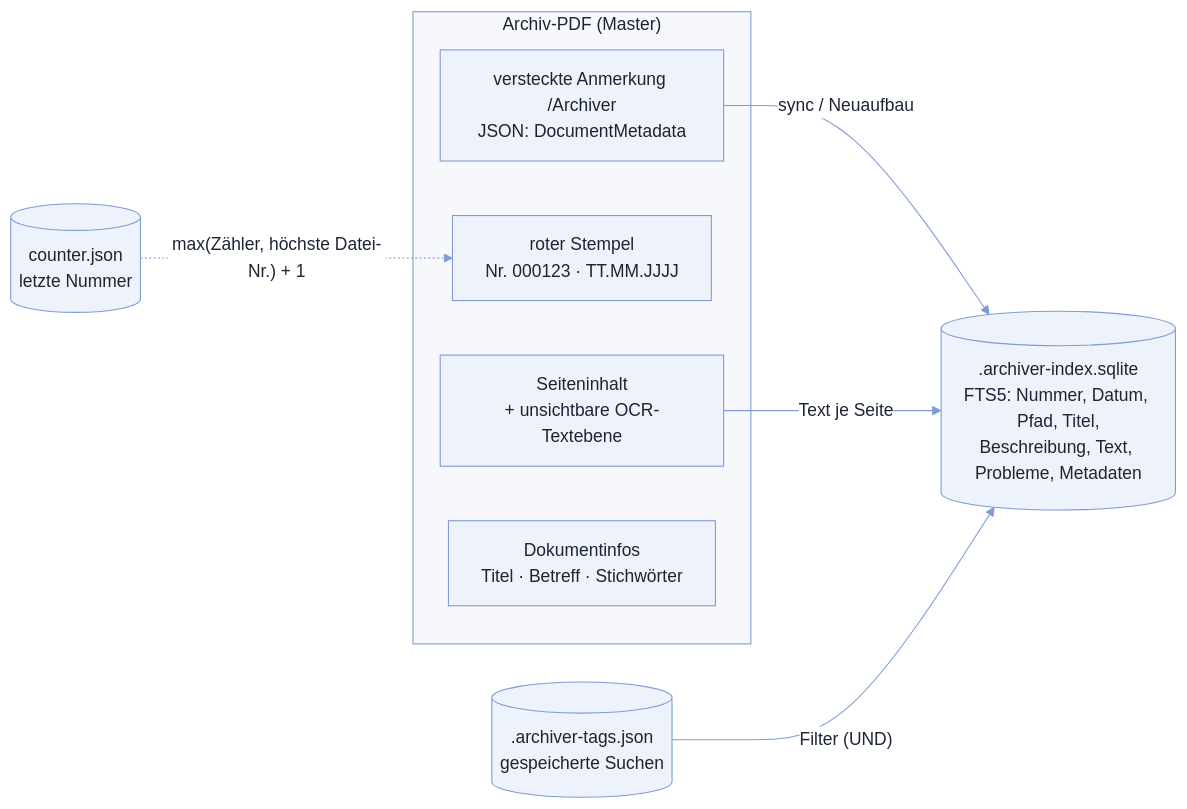
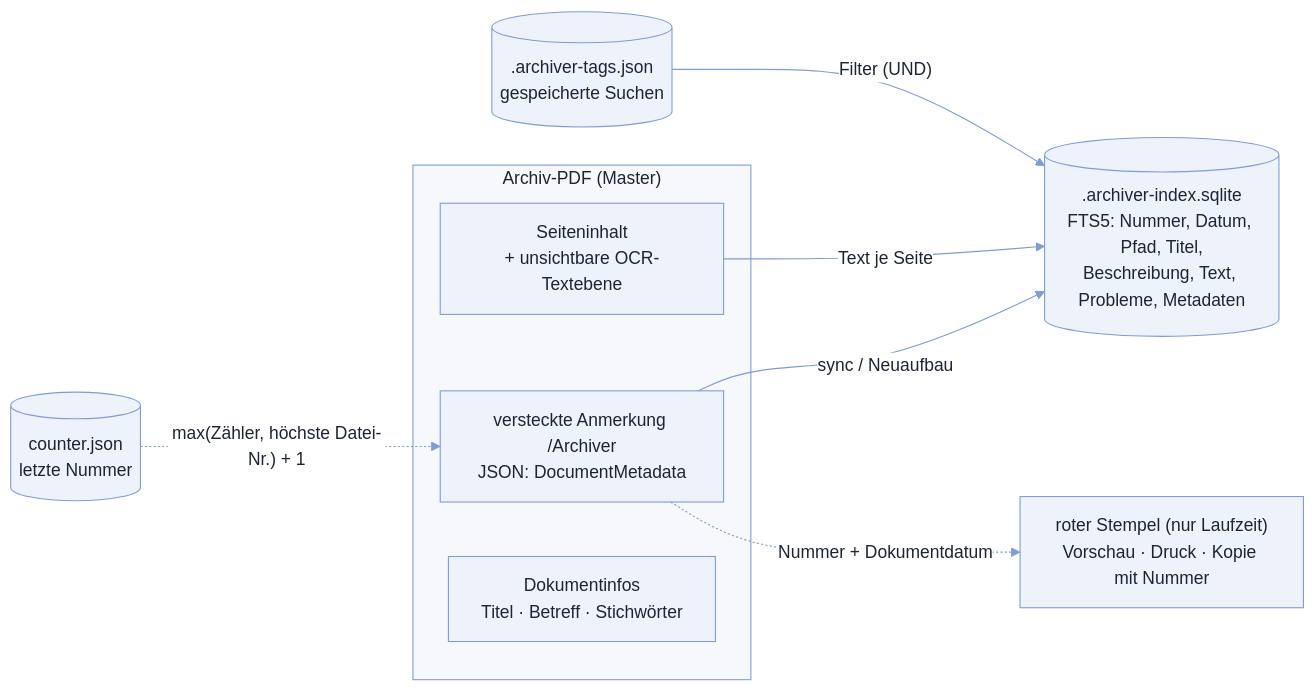
Before and after one commit to maziac/the-archiver-src: the fourth of 14 diagrams in docs/ARCHITEKTUR.md, drawn with Mermaid. The commit also changed other lines of this file and 24 other files, not shown here.

First line of the commit message:
Nummernstempel nur noch zur Laufzeit; Kopieren/Drucken mit und ohne Nummer

````diff
--- a/docs/ARCHITEKTUR.md
+++ b/docs/ARCHITEKTUR.md
@@ -191,19 +192,19 @@
 ```mermaid
 %%{init: {"theme": "base", "themeVariables": {"lineColor": "#7f9cd6", "primaryColor": "#eef2fa", "primaryTextColor": "#1d2433", "primaryBorderColor": "#7f9cd6", "secondaryColor": "#f3f0fa", "tertiaryColor": "#f6f8fc", "clusterBkg": "#f6f8fc", "clusterBorder": "#7f9cd6", "titleColor": "#1d2433", "edgeLabelBackground": "#ffffff", "textColor": "#1d2433", "signalColor": "#7f9cd6", "signalTextColor": "#7f9cd6", "actorBkg": "#eef2fa", "actorBorder": "#7f9cd6", "actorTextColor": "#1d2433", "actorLineColor": "#7f9cd6", "labelBoxBkgColor": "#eef2fa", "labelTextColor": "#1d2433", "loopTextColor": "#7f9cd6", "noteBkgColor": "#fff7d6", "noteTextColor": "#1d2433"}, "themeCSS": ".flowchart-link, .messageLine0, .messageLine1, .actor-line { stroke-width: 2px !important; }"}}%%
 flowchart LR
     subgraph PDFDatei["Archiv-PDF (Master)"]
         Inhalt["Seiteninhalt<br/>+ unsichtbare OCR-Textebene"]
-        Stempel["roter Stempel<br/>Nr. 000123 · TT.MM.JJJJ"]
         Anm["versteckte Anmerkung /Archiver<br/>JSON: DocumentMetadata"]
         Info["Dokumentinfos<br/>Titel · Betreff · Stichwörter"]
     end
 
     Index[(".archiver-index.sqlite<br/>FTS5: Nummer, Datum, Pfad, Titel,<br/>Beschreibung, Text, Probleme, Metadaten")]
     Tags[(".archiver-tags.json<br/>gespeicherte Suchen")]
     Counter[("counter.json<br/>letzte Nummer")]
 
     Anm -- "sync / Neuaufbau" --> Index
     Inhalt -- "Text je Seite" --> Index
     Tags -- "Filter (UND)" --> Index
-    Counter -. "max(Zähler, höchste Datei-Nr.) + 1" .-> Stempel
+    Counter -. "max(Zähler, höchste Datei-Nr.) + 1" .-> Anm
+    Anm -. "Nummer + Dokumentdatum" .-> Stempel["roter Stempel (nur Laufzeit)<br/>Vorschau · Druck · Kopie mit Nummer"]
 ```
````
